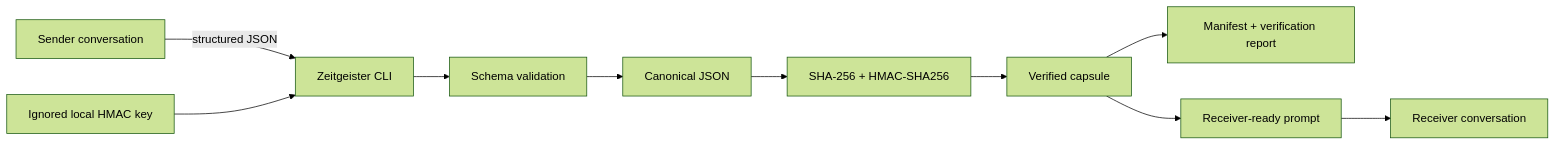
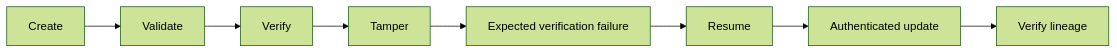
One commit to dmo-07xD/zeitgeister-ai-capsule changed the third of 3 diagrams in README.md. Above: the diagram before and after it, drawn with Mermaid (forest theme). The commit also changed other lines of this file, not shown here.

````diff
--- a/README.md
+++ b/README.md
@@ -21,12 +382,10 @@
 ```mermaid
 flowchart LR
-    A["Sender conversation"] -->|structured JSON| B["Zeitgeister CLI"]
-    K["Ignored local HMAC key"] --> B
-    B --> C["Schema validation"]
-    C --> D["Canonical JSON"]
-    D --> E["SHA-256 + HMAC-SHA256"]
-    E --> F["Verified capsule"]
-    F --> G["Manifest + verification report"]
-    F --> H["Receiver-ready prompt"]
-    H --> I["Receiver conversation"]
+    A["Create"] --> B["Validate"]
+    B --> C["Verify"]
+    C --> D["Tamper"]
+    D --> E["Expected verification failure"]
+    E --> F["Resume"]
+    F --> G["Authenticated update"]
+    G --> H["Verify lineage"]
 ```
````
